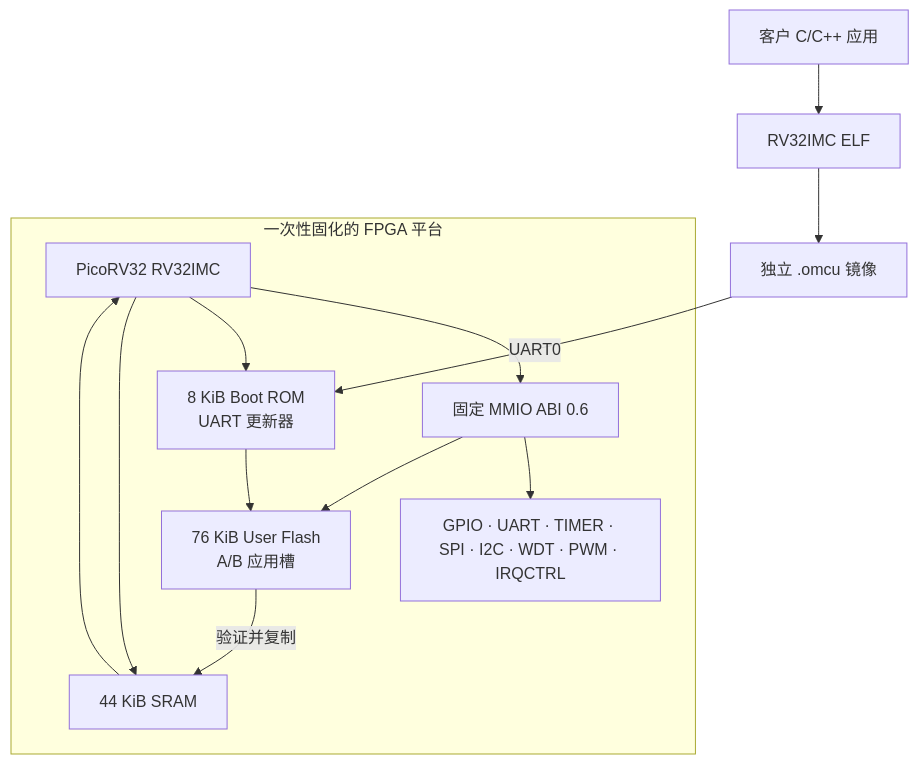
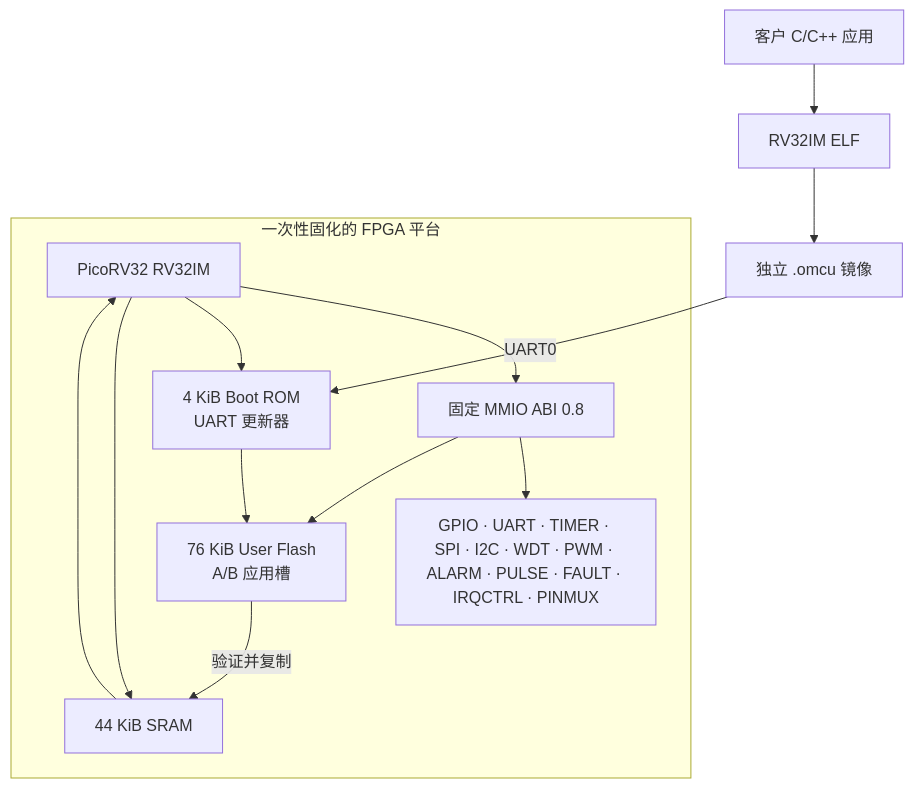
The first of 2 diagrams in docs/zh-CN/datasheet.md (tianrking/OpenMCU-TN9K), drawn with Mermaid before and after one commit. The commit also changed other lines of this file and 20 other files, not shown here.

````diff
--- a/docs/zh-CN/datasheet.md
+++ b/docs/zh-CN/datasheet.md
@@ -25,16 +25,16 @@
 ```mermaid
 flowchart TB
   subgraph Fixed[一次性固化的 FPGA 平台]
-    CPU[PicoRV32 RV32IMC] --> MMIO[固定 MMIO ABI 0.6]
-    CPU --> ROM[8 KiB Boot ROM\nUART 更新器]
+    CPU[PicoRV32 RV32IM] --> MMIO[固定 MMIO ABI 0.8]
+    CPU --> ROM[4 KiB Boot ROM\nUART 更新器]
     CPU --> SRAM[44 KiB SRAM]
-    MMIO --> PERI[GPIO · UART · TIMER · SPI · I2C · WDT · PWM · IRQCTRL]
+    MMIO --> PERI[GPIO · UART · TIMER · SPI · I2C · WDT · PWM · ALARM · PULSE · FAULT · IRQCTRL · PINMUX]
     MMIO --> FLASH[76 KiB User Flash\nA/B 应用槽]
   end
-  APP[客户 C/C++ 应用] --> ELF[RV32IMC ELF]
+  APP[客户 C/C++ 应用] --> ELF[RV32IM ELF]
   ELF --> IMAGE[独立 .omcu 镜像]
   IMAGE -->|UART0| ROM
   ROM --> FLASH
   FLASH -->|验证并复制| SRAM
   SRAM --> CPU
 ```
````
